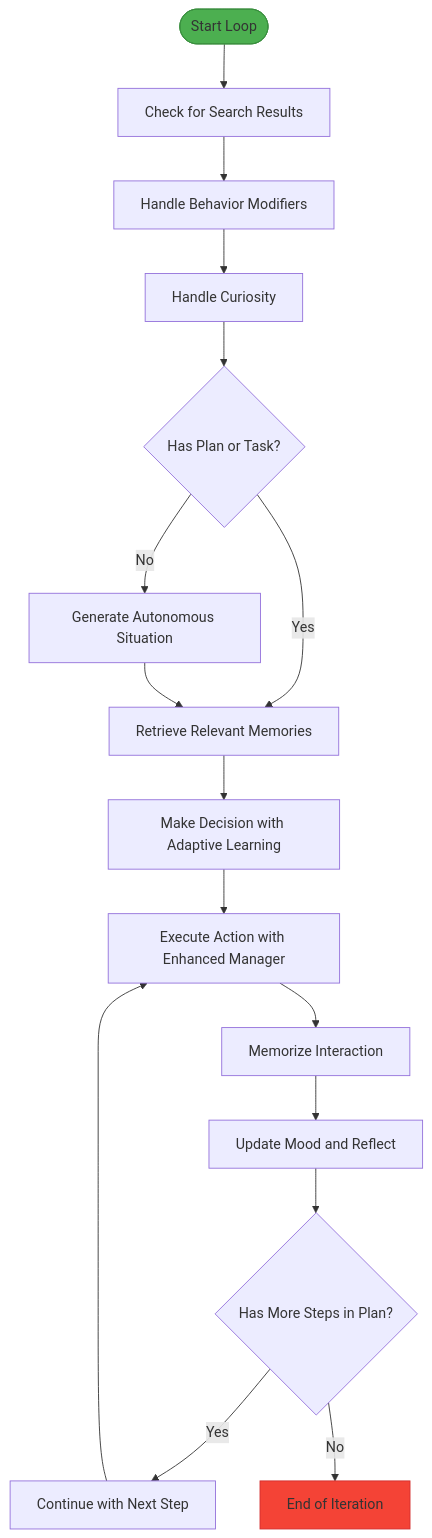
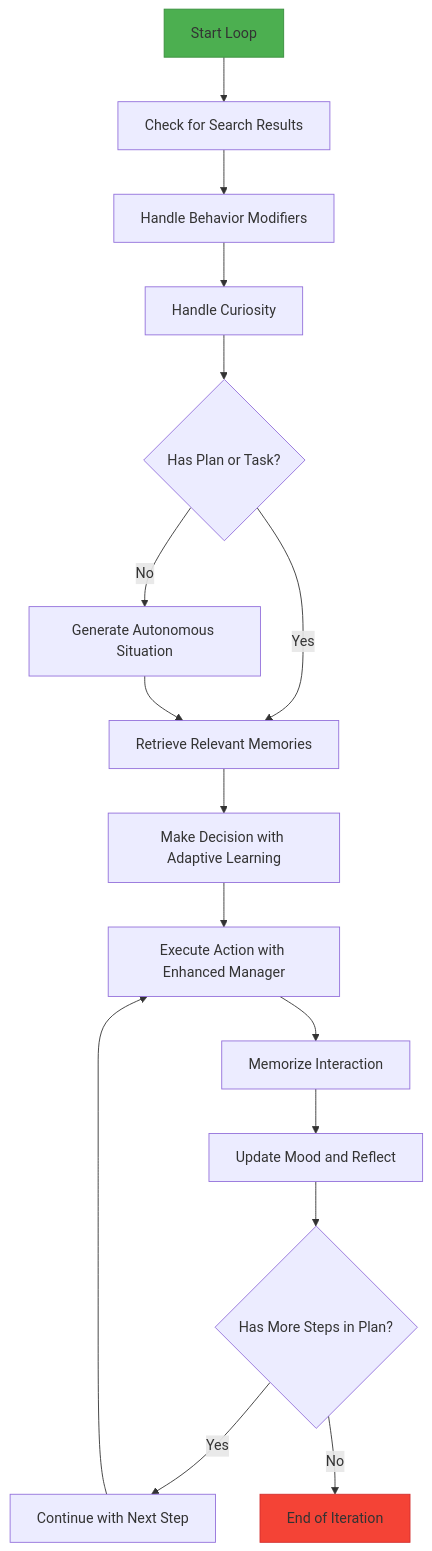
Diagram 13 of 21 in docs/Architecture & Design/System Architecture Overview.md (Likhithsai2580/RAVANA-WIKI), drawn with Mermaid before and after one commit. The commit also changed 52 other files, not shown here.

First line of the commit message:
chore(docs): update documentation content, fix Mermaid diagrams, and enhance README

````diff
--- a/docs/Architecture & Design/System Architecture Overview.md
+++ b/docs/Architecture & Design/System Architecture Overview.md
@@ -560,20 +560,20 @@
 ```mermaid
 flowchart TD
-Start([Start Loop]) --> CheckResults["Check for Search Results"]
+Start["Start Loop"] --> CheckResults["Check for Search Results"]
 CheckResults --> HandleModifiers["Handle Behavior Modifiers"]
 HandleModifiers --> HandleCuriosity["Handle Curiosity"]
 HandleCuriosity --> Decision{"Has Plan or Task?"}
 Decision --> |Yes| RetrieveMemories["Retrieve Relevant Memories"]
 Decision --> |No| GenerateSituation["Generate Autonomous Situation"]
 GenerateSituation --> RetrieveMemories
 RetrieveMemories --> MakeDecision["Make Decision with Adaptive Learning"]
 MakeDecision --> ExecuteAction["Execute Action with Enhanced Manager"]
 ExecuteAction --> Memorize["Memorize Interaction"]
 Memorize --> UpdateMood["Update Mood and Reflect"]
 UpdateMood --> CheckPlan{"Has More Steps in Plan?"}
 CheckPlan --> |Yes| ContinuePlan["Continue with Next Step"]
 CheckPlan --> |No| EndLoop["End of Iteration"]
 ContinuePlan --> ExecuteAction
 style Start fill:#4CAF50,stroke:#388E3C
 style EndLoop fill:#F44336,stroke:#D32F2F
 ```
````
